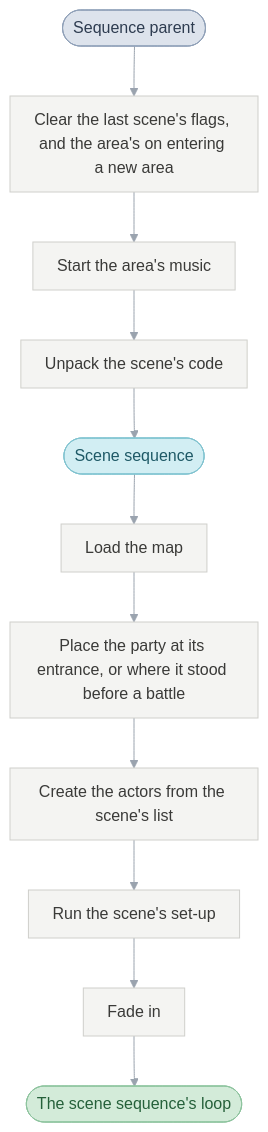
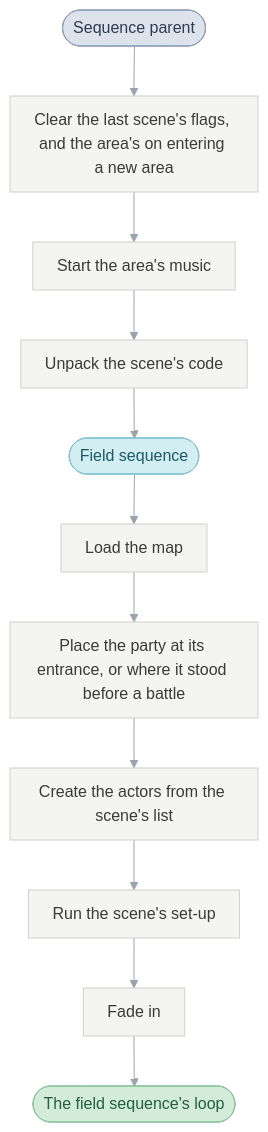
The fifth of 9 diagrams in games/tbs/README.md (PascalPixel/alchemy), drawn with Mermaid before and after one commit. The commit also changed other lines of this file and 72 other files, not shown here.

First line of the commit message:
FieldSequence_Run: the field sequence, from the credits' Field division

````diff
--- a/games/tbs/README.md
+++ b/games/tbs/README.md
@@ -265,19 +265,19 @@
 ```mermaid
 %%{init: {"theme": "base", "themeVariables": {"lineColor": "#9AA3AE", "edgeLabelBackground": "#FFFFFF"}, "flowchart": {"curve": "basis", "padding": 12}}}%%
 flowchart TD
   parent(["Sequence parent"]) --> arrive["Clear the last scene's flags, and the area's on entering a new area"]
   arrive --> music["Start the area's music"] --> code["Unpack the scene's code"]
-  code --> pick(["Scene sequence"]) --> map["Load the map"] --> place["Place the party at its entrance, or where it stood before a battle"]
+  code --> pick(["Field sequence"]) --> map["Load the map"] --> place["Place the party at its entrance, or where it stood before a battle"]
   place --> actors["Create the actors from the scene's list"] --> own["Run the scene's set-up"]
-  own --> fade["Fade in"] --> run(["The scene sequence's loop"])
+  own --> fade["Fade in"] --> run(["The field sequence's loop"])
   classDef sequenceParent fill:#DDE3EC,stroke:#8FA0B8,color:#2E3C50
-  classDef sceneSequence fill:#D2EEF3,stroke:#7FC3D0,color:#1E5966
+  classDef fieldSequence fill:#D2EEF3,stroke:#7FC3D0,color:#1E5966
   classDef battle fill:#F6D5D2,stroke:#D9928B,color:#8A2A22
   classDef sceneLoop fill:#D3EBD9,stroke:#8DC49E,color:#25603A
   classDef request fill:#FBE7C6,stroke:#E0B46A,color:#7A5212
   classDef step fill:#F4F4F2,stroke:#CFCFCB,color:#3A3A38
   class parent sequenceParent
-  class pick sceneSequence
+  class pick fieldSequence
   class run sceneLoop
   class arrive,music,code,map,place,actors,own,fade step
 ```
````
